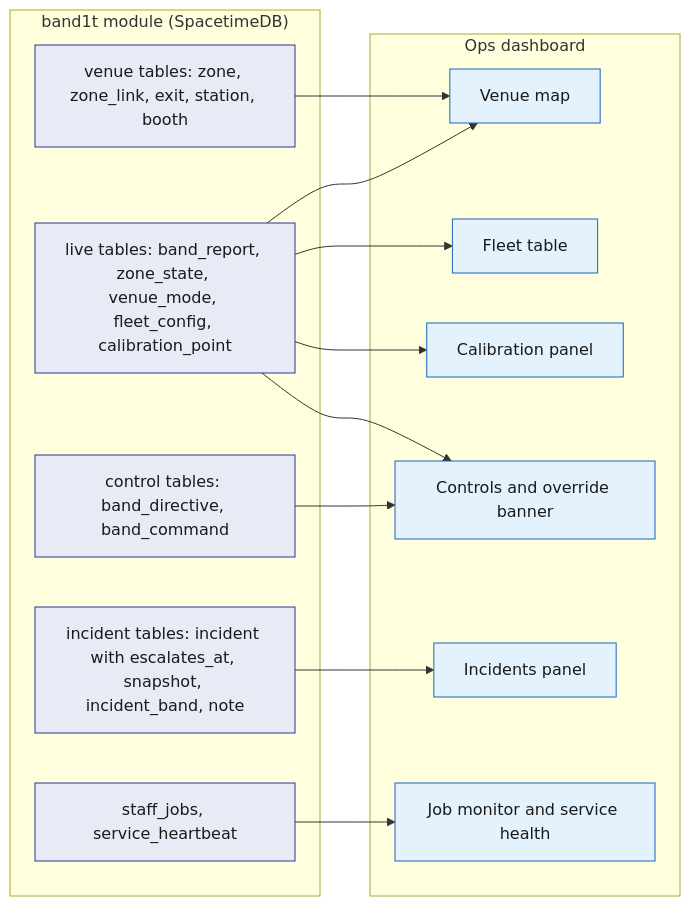
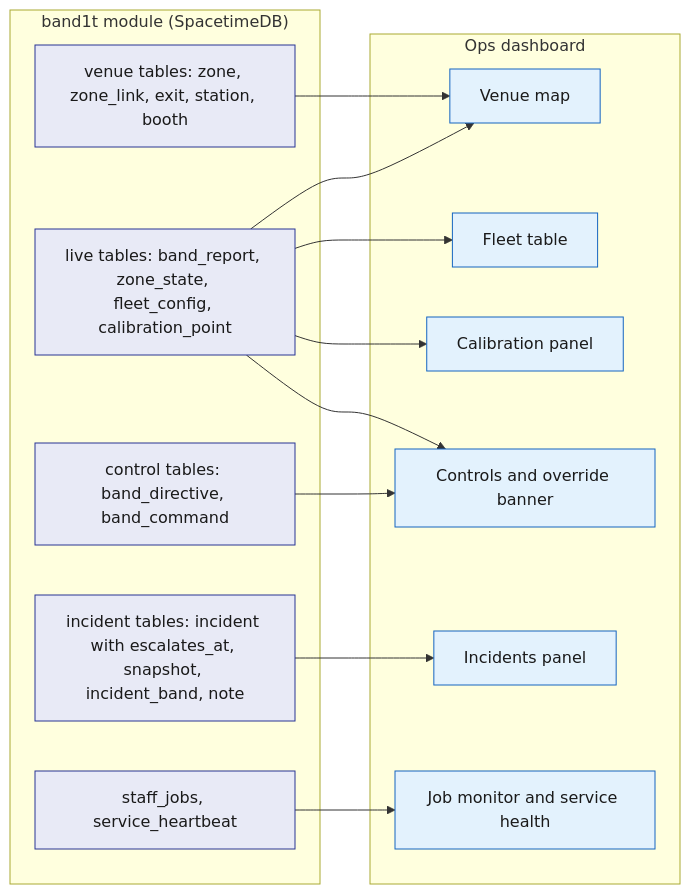
One commit to viktorinkov/cal-hacks-13 changed the first of 4 diagrams in System Design/5-apps/Ops-Dashboard.md. Above: the diagram before and after it, drawn with Mermaid. The commit also changed other lines of this file and 20 other files, not shown here.

````diff
--- a/System Design/5-apps/Ops-Dashboard.md
+++ b/System Design/5-apps/Ops-Dashboard.md
@@ -97,30 +103,30 @@
 ```mermaid
 flowchart LR
     subgraph M["band1t module (SpacetimeDB)"]
         VT["venue tables: zone, zone_link, exit, station, booth"]
-        LT["live tables: band_report, zone_state, venue_mode, fleet_config, calibration_point"]
+        LT["live tables: band_report, zone_state, fleet_config, calibration_point"]
         CT["control tables: band_directive, band_command"]
         IT["incident tables: incident with escalates_at, snapshot, incident_band, note"]
         JT["staff_jobs, service_heartbeat"]
     end
     subgraph D["Ops dashboard"]
         Map["Venue map"]
         Fleet["Fleet table"]
         Cal["Calibration panel"]
         Ctl["Controls and override banner"]
         Inc["Incidents panel"]
         Mon["Job monitor and service health"]
     end
     VT --> Map
     LT --> Map
     LT --> Fleet
     LT --> Cal
     LT --> Ctl
     CT --> Ctl
     IT --> Inc
     JT --> Mon
     classDef stdb fill:#E8EAF6,stroke:#283593,color:#1A1A1A
     classDef web fill:#E3F2FD,stroke:#1565C0,color:#1A1A1A
     class VT,LT,CT,IT,JT stdb
     class Map,Fleet,Ctl,Cal,Inc,Mon web
 ```
````
